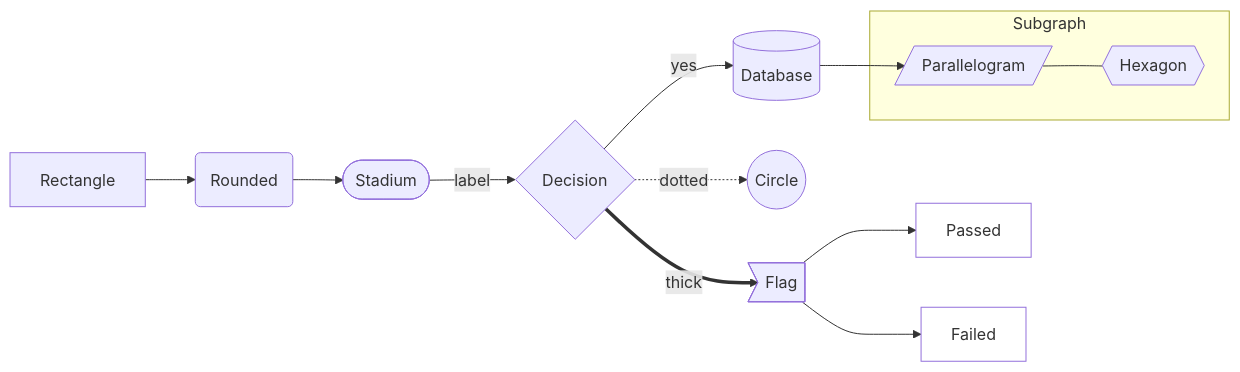
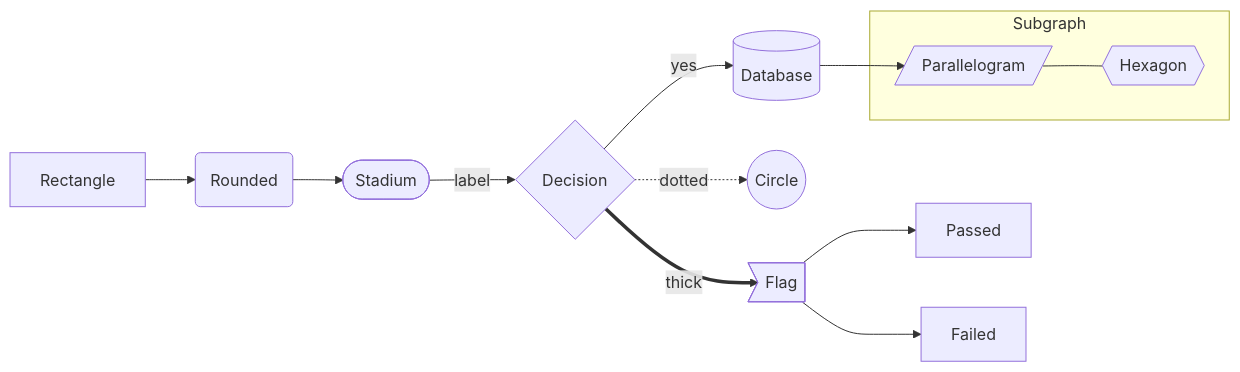
One commit to zelvet-velvet/agent-worklog-vault changed the first of 34 diagrams in _Meta/Mermaid Preview.md. Above: the diagram before and after it, drawn with Mermaid. The commit also changed other lines of this file and 4 other files, not shown here.

Commit message:
style(mermaid): solid fills, white label chips, taller gantt / packet, highlight hugs text

````diff
--- a/_Meta/Mermaid Preview.md
+++ b/_Meta/Mermaid Preview.md
@@ -32,16 +32,14 @@
 ```mermaid
 flowchart LR
     A[Rectangle] --> B(Rounded) --> C([Stadium])
     C -->|label| D{Decision}
     D -- yes --> E[(Database)]
     D -. dotted .-> F((Circle))
     D == thick ==> G>Flag]
     subgraph SG [Subgraph]
         H[/Parallelogram/] --- I{{Hexagon}}
     end
     E --> H
     G --> P[Passed]:::pass
     G --> X[Failed]:::fail
-    classDef pass fill:none
-    classDef fail fill:none
 ```
````
